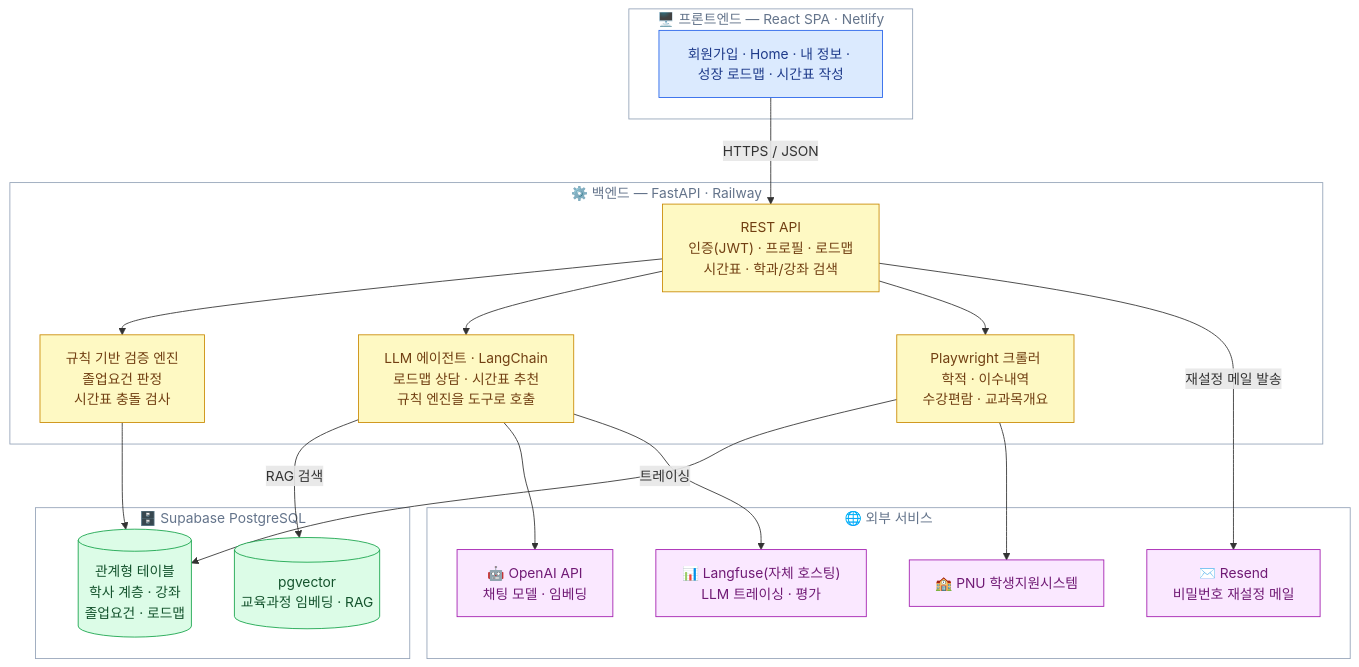
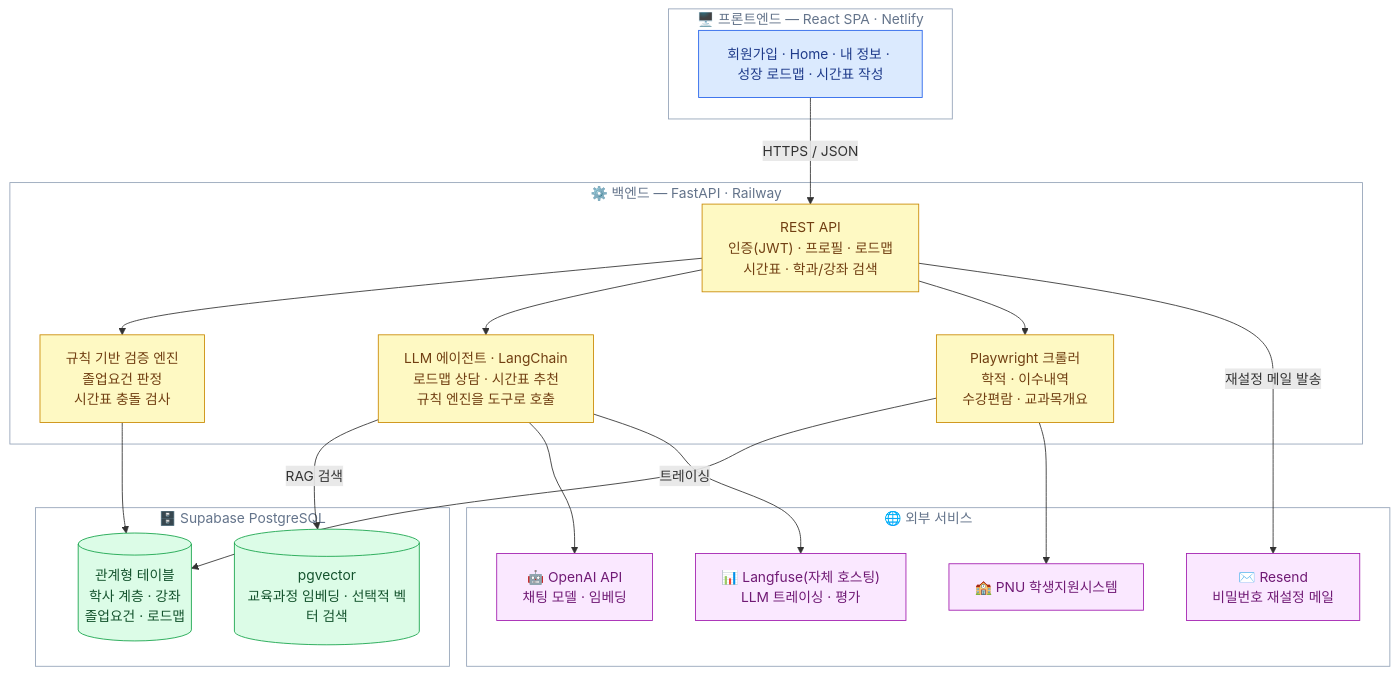
The first of 3 diagrams in README.md (PNU-2026-AI-Hackathon/pnuai-a-03-team-u), drawn with Mermaid before and after one commit. The commit also changed other lines of this file and 8 other files, not shown here.

````diff
--- a/README.md
+++ b/README.md
@@ -95,48 +95,48 @@
 ```mermaid
 flowchart TB
     subgraph FRONT["🖥️ 프론트엔드 — React SPA · Netlify"]
         FE["회원가입 · Home · 내 정보 · 성장 로드맵 · 시간표 작성"]
     end
 
     subgraph BACK["⚙️ 백엔드 — FastAPI · Railway"]
         API["REST API<br/>인증(JWT) · 프로필 · 로드맵<br/>시간표 · 학과/강좌 검색"]
         RULE["규칙 기반 검증 엔진<br/>졸업요건 판정<br/>시간표 충돌 검사"]
         AGENT["LLM 에이전트 · LangChain<br/>로드맵 상담 · 시간표 추천<br/>규칙 엔진을 도구로 호출"]
         CRAWL["Playwright 크롤러<br/>학적 · 이수내역<br/>수강편람 · 교과목개요"]
     end
 
     subgraph DATA["🗄️ Supabase PostgreSQL"]
         PG[("관계형 테이블<br/>학사 계층 · 강좌<br/>졸업요건 · 로드맵")]
-        VEC[("pgvector<br/>교육과정 임베딩 · RAG")]
+        VEC[("pgvector<br/>교육과정 임베딩 · 선택적 벡터 검색")]
     end
 
     subgraph EXT["🌐 외부 서비스"]
         LLM["🤖 OpenAI API<br/>채팅 모델 · 임베딩"]
         PNU["🏫 PNU 학생지원시스템"]
         LANGFUSE["📊 Langfuse(자체 호스팅)<br/>LLM 트레이싱 · 평가"]
         MAIL["✉️ Resend<br/>비밀번호 재설정 메일"]
     end
 
     FE -->|HTTPS / JSON| API
     API --> RULE
     API --> AGENT
     API --> CRAWL
     API -->|재설정 메일 발송| MAIL
     RULE --> PG
     AGENT -->|RAG 검색| VEC
     AGENT --> LLM
     AGENT -->|트레이싱| LANGFUSE
     CRAWL --> PG
     CRAWL --> PNU
 
     classDef front fill:#dbeafe,stroke:#2563eb,color:#1e3a8a
     classDef back fill:#fef9c3,stroke:#ca8a04,color:#713f12
     classDef data fill:#dcfce7,stroke:#16a34a,color:#14532d
     classDef ext fill:#fae8ff,stroke:#a21caf,color:#701a75
     classDef band fill:transparent,stroke:#94a3b8,color:#64748b
     class FE front
     class API,RULE,AGENT,CRAWL back
     class PG,VEC data
     class LLM,PNU,LANGFUSE,MAIL ext
     class FRONT,BACK,DATA,EXT band
 ```
````
